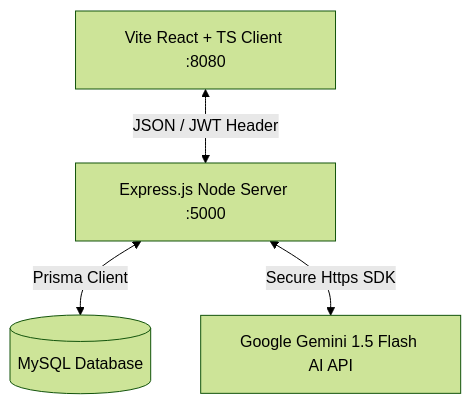
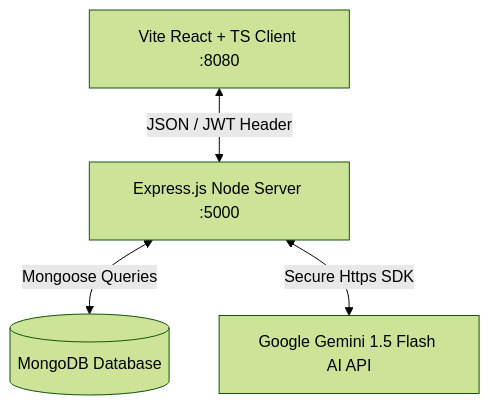
Before and after one commit to anuragsinghrajput123456789/MockVerse-Ai: the diagram in README.md, drawn with Mermaid (forest theme). The commit also changed other lines of this file and 30 other files, not shown here.

````diff
--- a/README.md
+++ b/README.md
@@ -46,6 +54,6 @@
 ```mermaid
 graph TD
     Client[Vite React + TS Client :8080] <-->|JSON / JWT Header| Server[Express.js Node Server :5000]
-    Server <-->|Prisma Client| DB[(MySQL Database)]
+    Server <-->|Mongoose Queries| DB[(MongoDB Database)]
     Server <-->|Secure Https SDK| Gemini[Google Gemini 1.5 Flash AI API]
 ```
````
